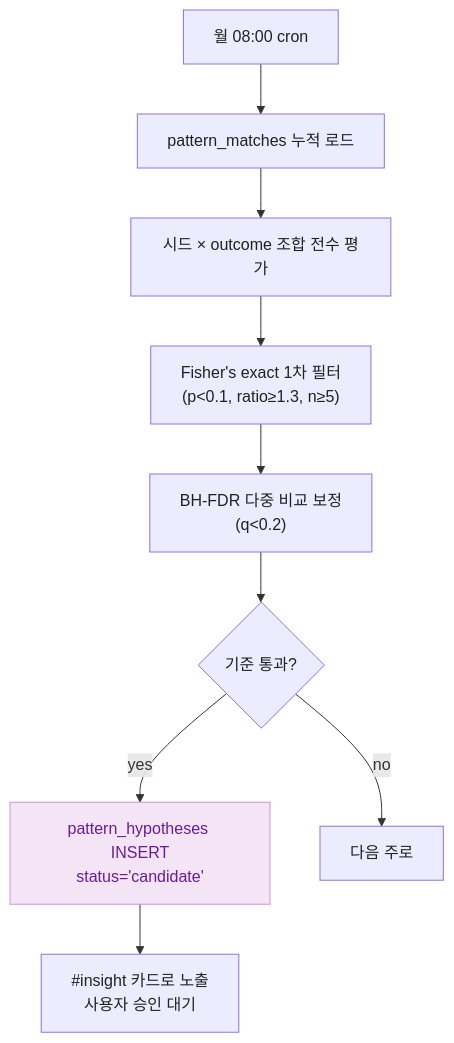
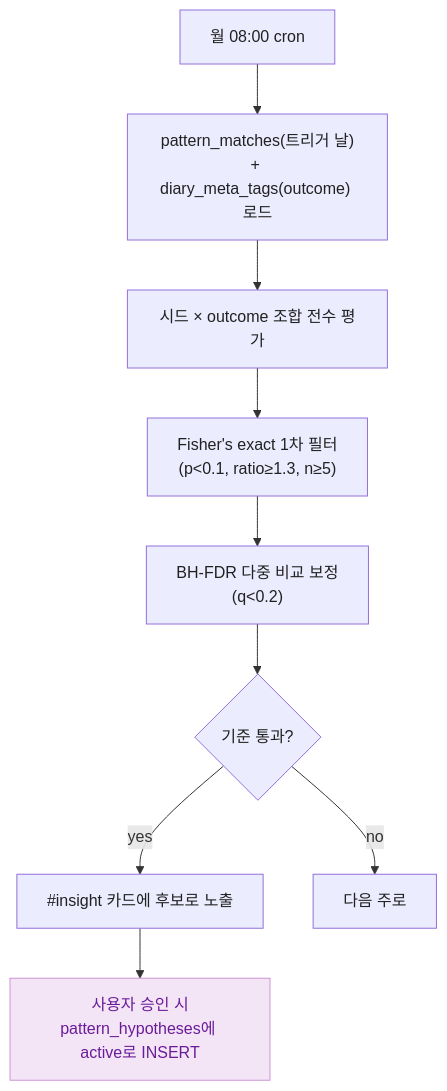
The sixth of 9 diagrams in docs/explainers/insight-v2.md (hyewon3938/slack-ai-agents), drawn with Mermaid before and after one commit. The commit also changed other lines of this file and 1 other file, not shown here.

First line of the commit message:
docs(insight): explainer를 실제 코드와 대조해 정합성 전면 교정

````diff
--- a/docs/explainers/insight-v2.md
+++ b/docs/explainers/insight-v2.md
@@ -294,16 +306,16 @@
 ```mermaid
 flowchart TD
-  A["월 08:00 cron"] --> B["pattern_matches 누적 로드"]
+  A["월 08:00 cron"] --> B["pattern_matches(트리거 날)<br/>+ diary_meta_tags(outcome) 로드"]
   B --> C["시드 × outcome 조합 전수 평가"]
   C --> D["Fisher's exact 1차 필터<br/>(p<0.1, ratio≥1.3, n≥5)"]
   D --> E["BH-FDR 다중 비교 보정<br/>(q<0.2)"]
   E --> F{"기준 통과?"}
-  F -->|yes| G["pattern_hypotheses INSERT<br/>status='candidate'"]
+  F -->|yes| G["#insight 카드에 후보로 노출"]
   F -->|no| H["다음 주로"]
-  G --> I["#insight 카드로 노출<br/>사용자 승인 대기"]
+  G --> I["사용자 승인 시<br/>pattern_hypotheses에 active로 INSERT"]
 
   classDef flowBox fill:#ECECFF,stroke:#9370DB,color:#212121
   classDef hypothesisNode fill:#F3E5F5,stroke:#CE93D8,color:#6A1B9A
-  class A,B,C,D,E,F,H,I flowBox
-  class G hypothesisNode
+  class A,B,C,D,E,F,G,H flowBox
+  class I hypothesisNode
 ```
````
